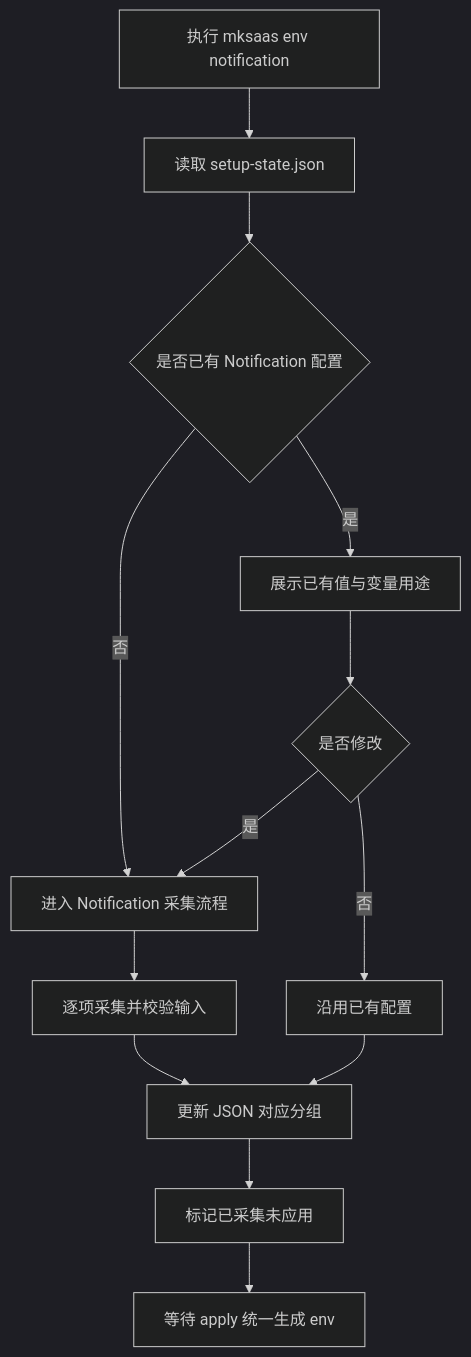
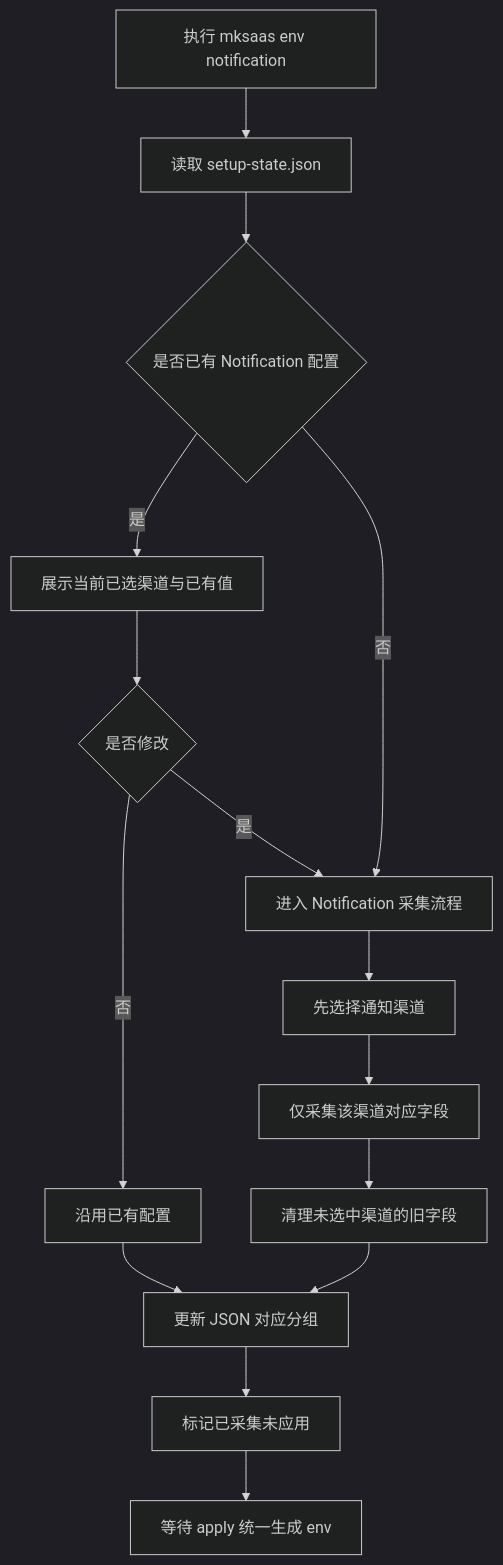
One commit to CaffeineOddity/mksaas_command changed the first of 2 diagrams in docs/steps/03-env-groups/12-notification.md. Above: the diagram before and after it, drawn with Mermaid (dark theme). The commit also changed other lines of this file and 17 other files, not shown here.

First line of the commit message:
feat: apply 生成 .env 带分组注释与组间空行,移除 configurations 分组,analytics 引入 provider 引导

````diff
--- a/docs/steps/03-env-groups/12-notification.md
+++ b/docs/steps/03-env-groups/12-notification.md
@@ -53,15 +54,17 @@
 ```mermaid
 flowchart TD
     A[执行 mksaas env notification] --> B[读取 setup-state.json]
     B --> C{是否已有 Notification 配置}
-    C -->|是| D[展示已有值与变量用途]
+    C -->|是| D[展示当前已选渠道与已有值]
     C -->|否| E[进入 Notification 采集流程]
     D --> F{是否修改}
     F -->|否| G[沿用已有配置]
     F -->|是| E
-    E --> H[逐项采集并校验输入]
-    H --> I[更新 JSON 对应分组]
-    G --> I
-    I --> J[标记已采集未应用]
-    J --> K[等待 apply 统一生成 env]
+    E --> H[先选择通知渠道]
+    H --> I[仅采集该渠道对应字段]
+    I --> J[清理未选中渠道的旧字段]
+    G --> K[更新 JSON 对应分组]
+    J --> K
+    K --> L[标记已采集未应用]
+    L --> M[等待 apply 统一生成 env]
 ```
````
